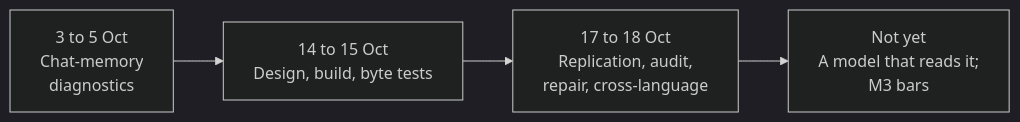
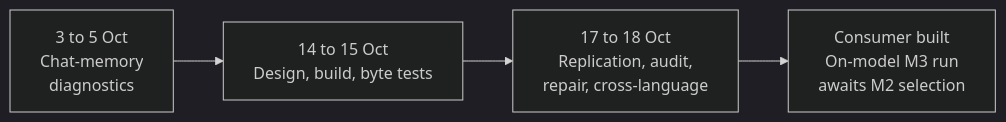
One commit to UOR-Foundation/uor-r4 changed the diagram in docs/research/lines/m3-durable-memory.md. Above: the diagram before and after it, drawn with Mermaid (dark theme). The commit also changed other lines of this file and 31 other files, not shown here.

````diff
--- a/docs/research/lines/m3-durable-memory.md
+++ b/docs/research/lines/m3-durable-memory.md
@@ -16,6 +16,6 @@
 ```mermaid
 flowchart LR
   A["3 to 5 Oct<br/>Chat-memory<br/>diagnostics"] --> B["14 to 15 Oct<br/>Design, build, byte tests"]
   B --> C["17 to 18 Oct<br/>Replication, audit,<br/>repair, cross-language"]
-  C --> D["Not yet<br/>A model that reads it;<br/>M3 bars"]
+  C --> D["Consumer built<br/>On-model M3 run<br/>awaits M2 selection"]
 ```
````
